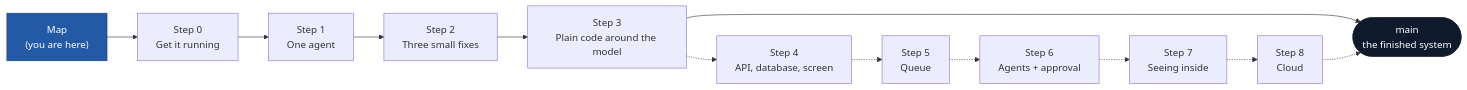
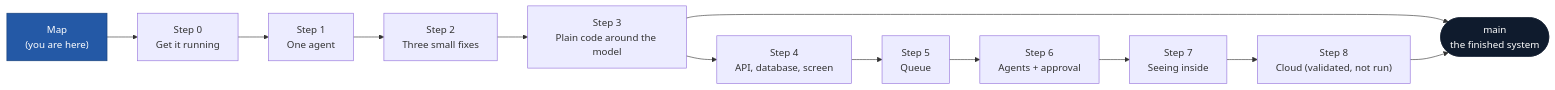
One commit to capchitts/crossexam-project changed the diagram in README.md. Above: the diagram before and after it, drawn with Mermaid. The commit also changed other lines of this file, not shown here.

Commit message:
README/STEP.md: steps 4-8 are now built branches, not coming [skip ci]

````diff
--- a/README.md
+++ b/README.md
@@ -15,16 +15,16 @@
 ```mermaid
 graph LR
     MAP["Map<br/>(you are here)"] --> S0["Step 0<br/>Get it running"]
     S0 --> S1["Step 1<br/>One agent"]
     S1 --> S2["Step 2<br/>Three small fixes"]
     S2 --> S3["Step 3<br/>Plain code around the model"]
-    S3 -.-> S4["Step 4<br/>API, database, screen"]
-    S4 -.-> S5["Step 5<br/>Queue"]
-    S5 -.-> S6["Step 6<br/>Agents + approval"]
-    S6 -.-> S7["Step 7<br/>Seeing inside"]
-    S7 -.-> S8["Step 8<br/>Cloud"]
+    S3 --> S4["Step 4<br/>API, database, screen"]
+    S4 --> S5["Step 5<br/>Queue"]
+    S5 --> S6["Step 6<br/>Agents + approval"]
+    S6 --> S7["Step 7<br/>Seeing inside"]
+    S7 --> S8["Step 8<br/>Cloud (validated, not run)"]
     S3 --> MAIN(["main<br/>the finished system"])
-    S8 -.-> MAIN
+    S8 --> MAIN
     style MAP fill:#2459A6,stroke:#173F78,color:#fff
     style MAIN fill:#0F1B2D,stroke:#0F1B2D,color:#fff
 ```
````
